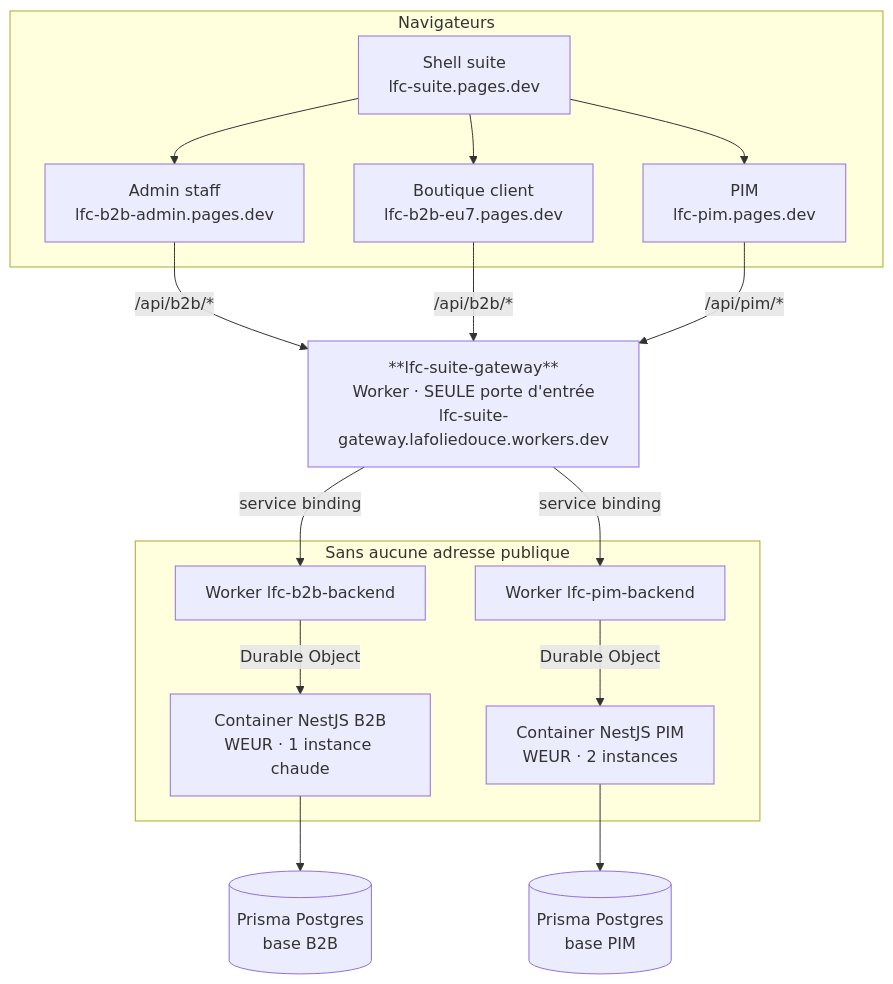
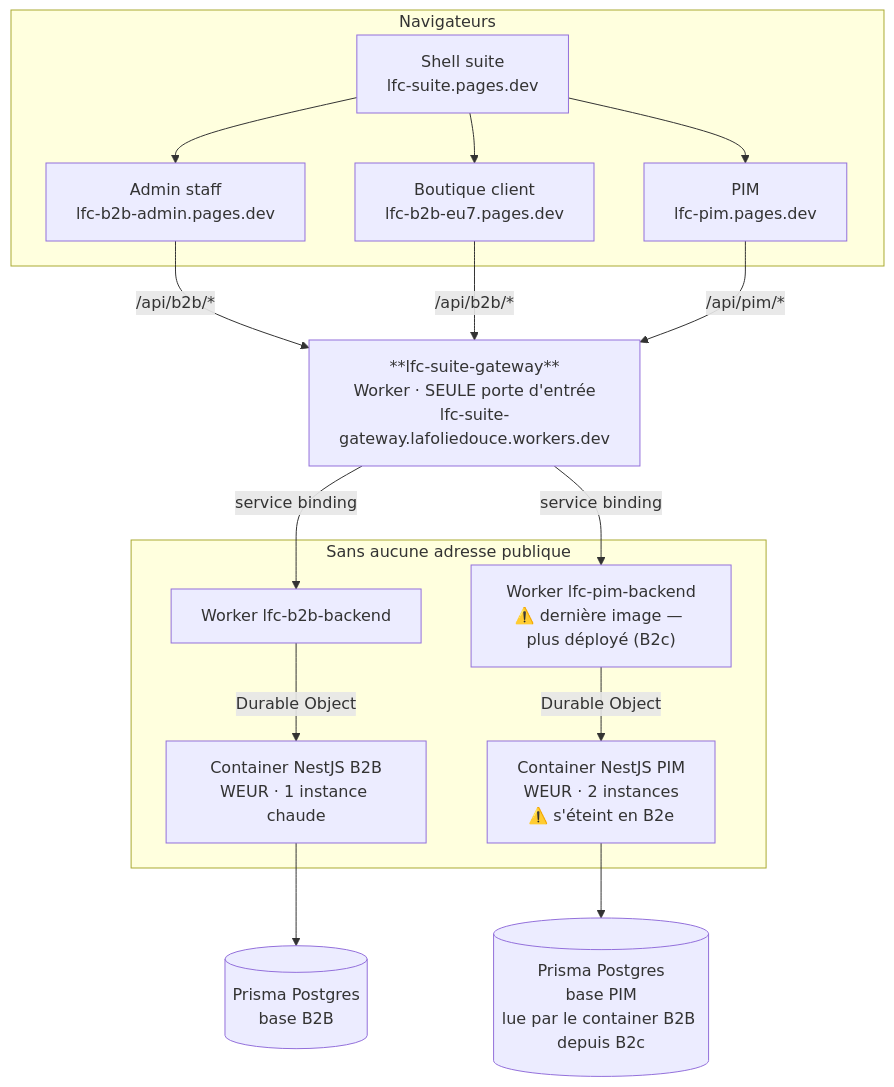
One commit to hugoheynard/lfd changed the first of 3 diagrams in documentation/ops/architecture-deploiement.md. Above: the diagram before and after it, drawn with Mermaid. The commit also changed 375 other files, not shown here.

````diff
--- a/documentation/ops/architecture-deploiement.md
+++ b/documentation/ops/architecture-deploiement.md
@@ -11,33 +11,33 @@
 ```mermaid
 flowchart TB
     subgraph nav["Navigateurs"]
         A["Admin staff<br/>lfc-b2b-admin.pages.dev"]
         B["Boutique client<br/>lfc-b2b-eu7.pages.dev"]
         P["PIM<br/>lfc-pim.pages.dev"]
         S["Shell suite<br/>lfc-suite.pages.dev"]
     end
 
     GW["**lfc-suite-gateway**<br/>Worker · SEULE porte d'entrée<br/>lfc-suite-gateway.lafoliedouce.workers.dev"]
 
     subgraph prive["Sans aucune adresse publique"]
         WB["Worker lfc-b2b-backend"]
-        WP["Worker lfc-pim-backend"]
+        WP["Worker lfc-pim-backend<br/>⚠️ dernière image — plus déployé (B2c)"]
         CB["Container NestJS B2B<br/>WEUR · 1 instance chaude"]
-        CP["Container NestJS PIM<br/>WEUR · 2 instances"]
+        CP["Container NestJS PIM<br/>WEUR · 2 instances<br/>⚠️ s'éteint en B2e"]
     end
 
     DBB[("Prisma Postgres<br/>base B2B")]
-    DBP[("Prisma Postgres<br/>base PIM")]
+    DBP[("Prisma Postgres<br/>base PIM<br/>lue par le container B2B depuis B2c")]
 
     A -->|"/api/b2b/*"| GW
     B -->|"/api/b2b/*"| GW
     P -->|"/api/pim/*"| GW
     S --> A & B & P
 
     GW -->|service binding| WB
     GW -->|service binding| WP
     WB -->|Durable Object| CB
     WP -->|Durable Object| CP
     CB --> DBB
     CP --> DBP
 ```
````
